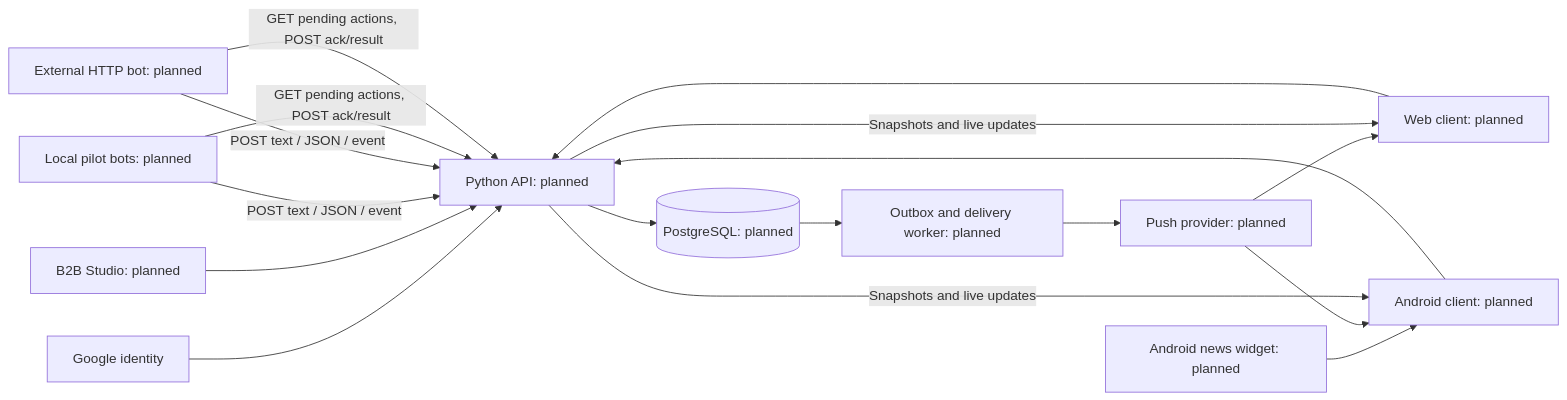
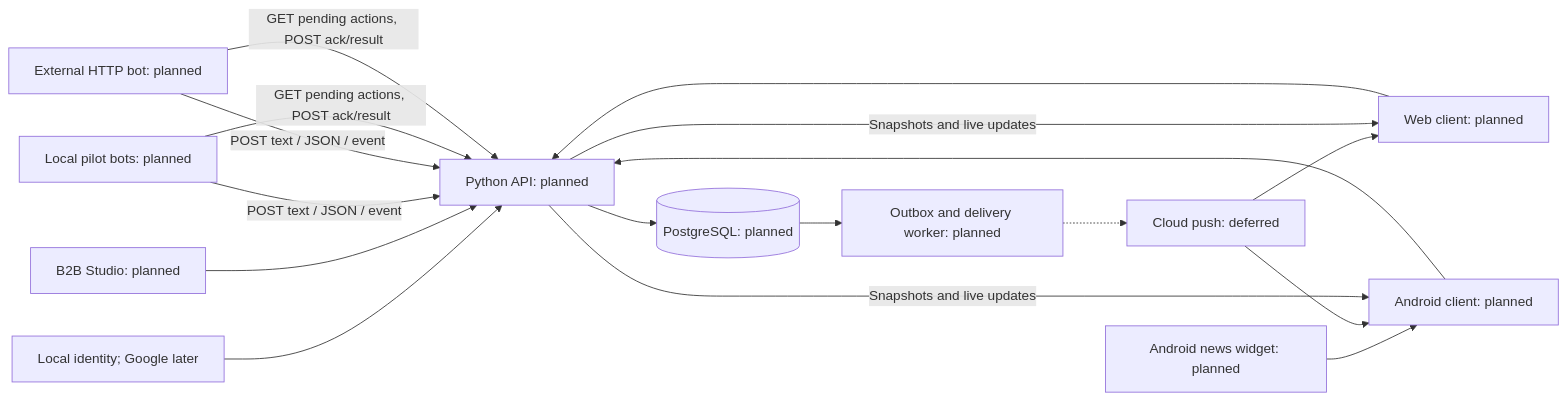
The diagram in docs/ARCHITECTURE.md (Villentretermert/ProjectMarket), drawn with Mermaid before and after one commit. The commit also changed other lines of this file and 100 other files, not shown here.

````diff
--- a/docs/ARCHITECTURE.md
+++ b/docs/ARCHITECTURE.md
@@ -11,19 +11,19 @@
 ```mermaid
 flowchart LR
-  Google[Google identity] --> API
+  Identity[Local identity; Google later] --> API
   B2B[B2B Studio: planned] --> API[Python API: planned]
   Web[Web client: planned] --> API
   Android[Android client: planned] --> API
   Widget[Android news widget: planned] --> Android
   API --> DB[(PostgreSQL: planned)]
   DB --> Worker[Outbox and delivery worker: planned]
-  Worker --> Push[Push provider: planned]
+  Worker -.-> Push[Cloud push: deferred]
   Push --> Web
   Push --> Android
   Bot1[Local pilot bots: planned] -->|POST text / JSON / event| API
   Bot2[External HTTP bot: planned] -->|POST text / JSON / event| API
   Bot1 -->|GET pending actions, POST ack/result| API
   Bot2 -->|GET pending actions, POST ack/result| API
   API -->|Snapshots and live updates| Web
   API -->|Snapshots and live updates| Android
 ```
````
